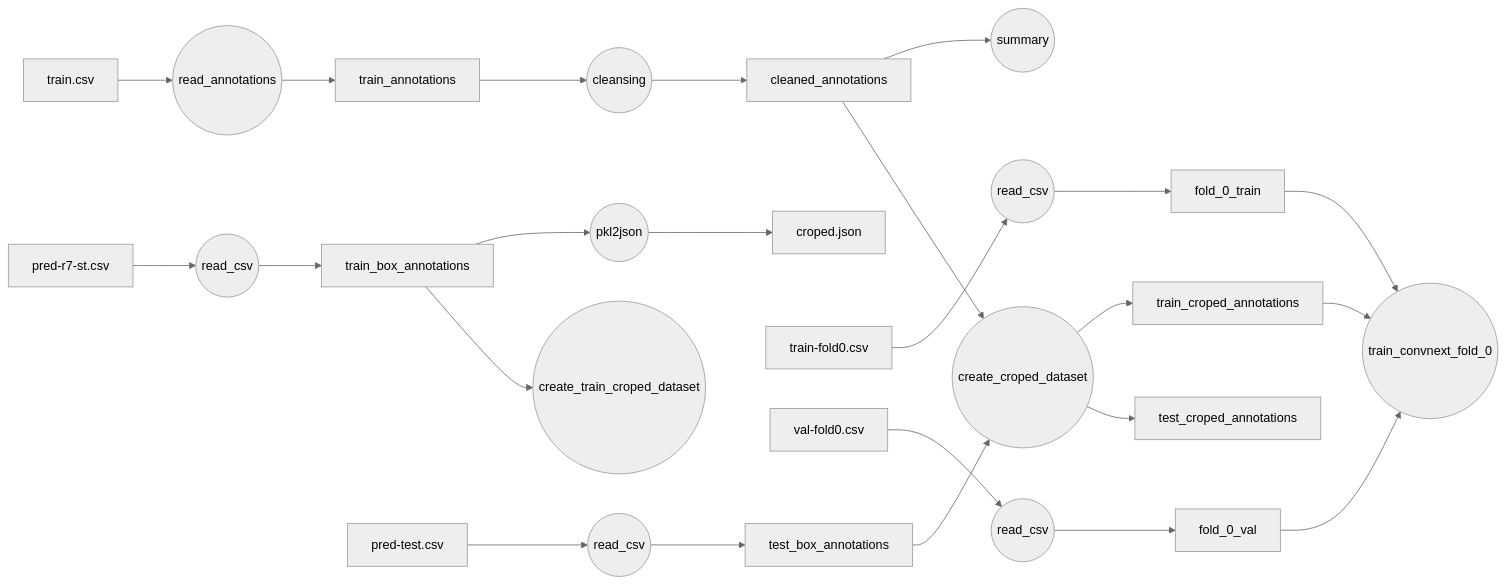
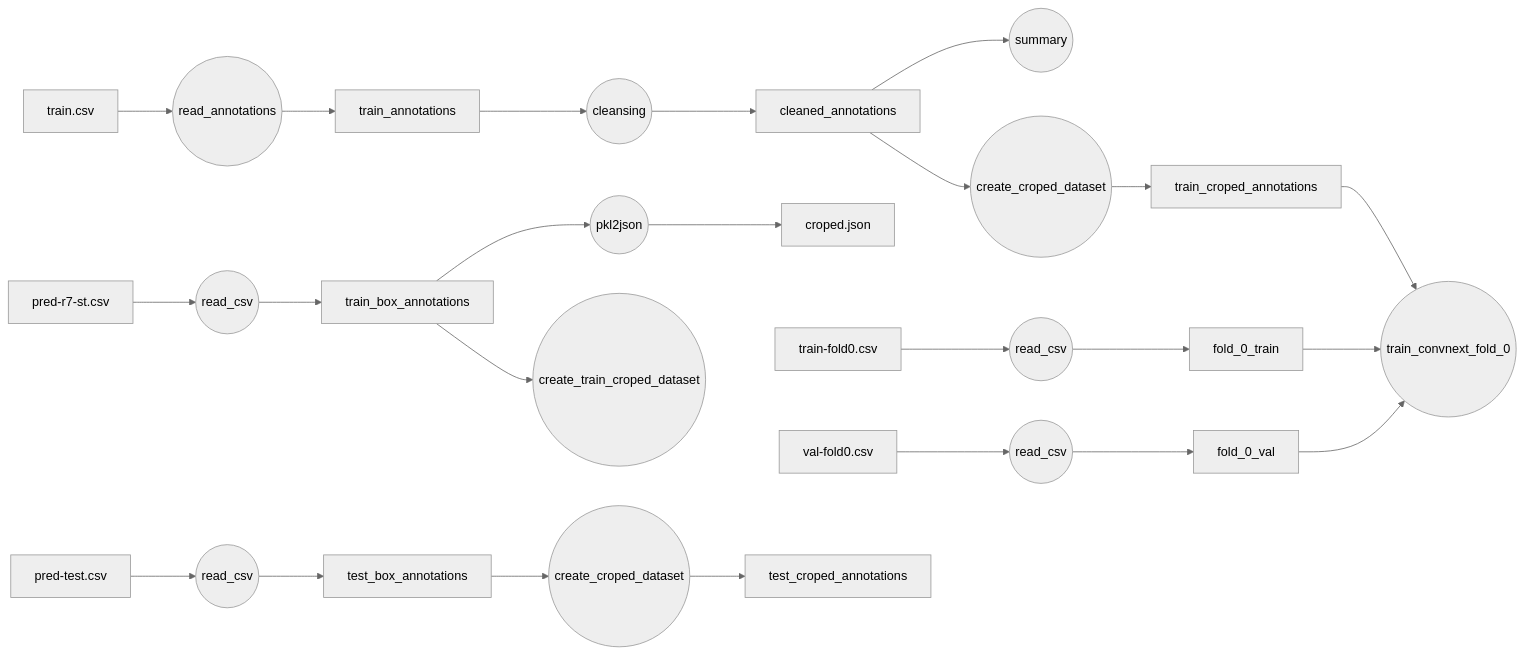
One commit to h4nyu/vision-tools changed the diagram in hwad_bench/README.md. Above: the diagram before and after it, drawn with Mermaid (neutral theme).

````diff
--- a/hwad_bench/README.md
+++ b/hwad_bench/README.md
@@ -1,16 +1,16 @@
 ```mermaid
 flowchart LR
 train.csv --> read_annotations((read_annotations))
 read_annotations --> train_annotations
 train_annotations --> cleansing((cleansing)) --> cleaned_annotations --> summary((summary))
 pred-r7-st.csv --> read_csv((read_csv)) --> train_box_annotations --> pkl2json((pkl2json)) --> croped.json
 cleaned_annotations --> create_croped_dataset0((create_croped_dataset)) --> train_croped_annotations
 train_box_annotations --> create_train_croped_dataset((create_train_croped_dataset))
 train-fold0.csv --> read_csv0((read_csv)) --> fold_0_train
 val-fold0.csv --> read_csv1((read_csv)) --> fold_0_val
 train_croped_annotations --> train0((train_convnext_fold_0))
 fold_0_train --> train0
 fold_0_val --> train0
 pred-test.csv --> read_csv2((read_csv)) --> test_box_annotations
-test_box_annotations --> create_croped_dataset0((create_croped_dataset)) --> test_croped_annotations
+test_box_annotations --> create_croped_dataset1((create_croped_dataset)) --> test_croped_annotations
 ```
````
